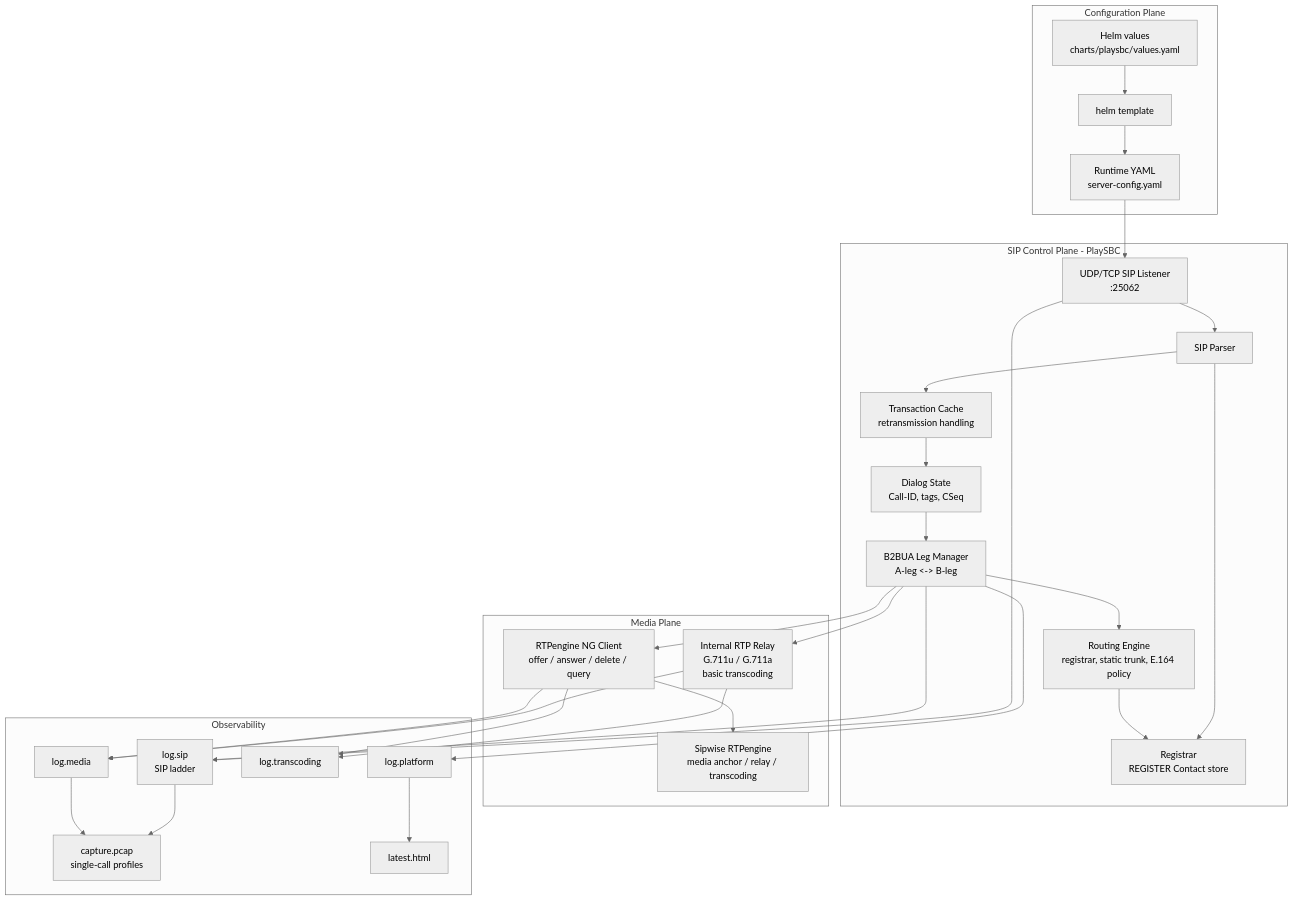
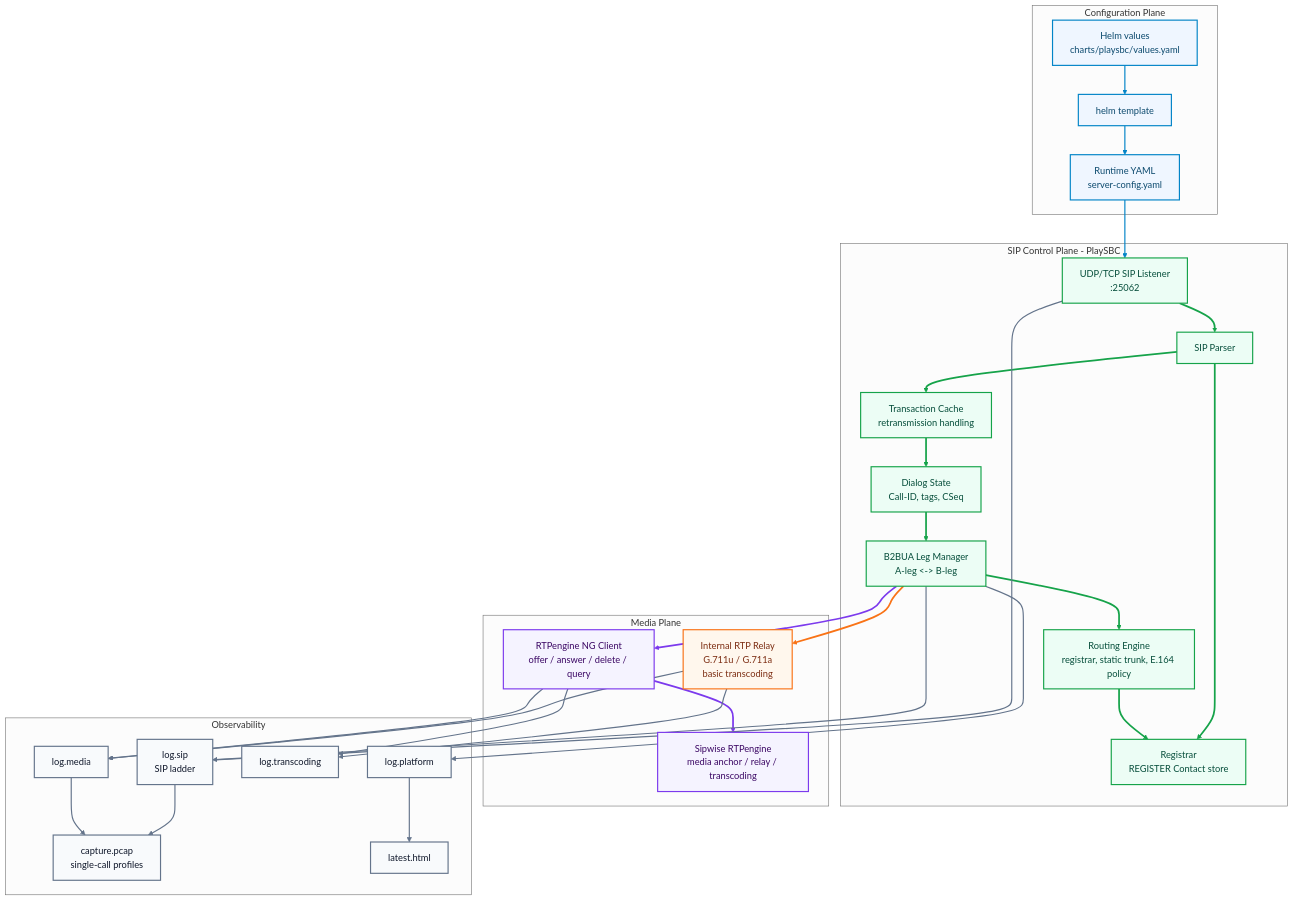
Before and after one commit to sudheerkumarvatrapu/PlaySBC: the third of 6 diagrams in docs/ARCHITECTURE_NETWORK.md, drawn with Mermaid (neutral theme). The commit also changed other lines of this file and 2 other files, not shown here.

Commit message:
Polish architecture diagrams and add PDF

````diff
--- a/docs/ARCHITECTURE_NETWORK.md
+++ b/docs/ARCHITECTURE_NETWORK.md
@@ -44,54 +163,72 @@
 ```mermaid
 flowchart TB
     subgraph ConfigPlane["Configuration Plane"]
         Values["Helm values<br/>charts/playsbc/values.yaml"]
         Template["helm template"]
         RuntimeConfig["Runtime YAML<br/>server-config.yaml"]
     end
 
     subgraph SipPlane["SIP Control Plane - PlaySBC"]
         Listener["UDP/TCP SIP Listener<br/>:25062"]
         Parser["SIP Parser"]
         Txn["Transaction Cache<br/>retransmission handling"]
         Dialog["Dialog State<br/>Call-ID, tags, CSeq"]
         Registrar["Registrar<br/>REGISTER Contact store"]
         Router["Routing Engine<br/>registrar, static trunk, E.164 policy"]
         B2BUA["B2BUA Leg Manager<br/>A-leg <-> B-leg"]
     end
 
     subgraph MediaPlane["Media Plane"]
         InternalMedia["Internal RTP Relay<br/>G.711u / G.711a<br/>basic transcoding"]
         RtpengineClient["RTPengine NG Client<br/>offer / answer / delete / query"]
         Rtpengine["Sipwise RTPengine<br/>media anchor / relay / transcoding"]
     end
 
     subgraph Observability["Observability"]
         SipLog["log.sip<br/>SIP ladder"]
         MediaLog["log.media"]
         TransLog["log.transcoding"]
         PlatformLog["log.platform"]
         Pcap["capture.pcap<br/>single-call profiles"]
         Html["latest.html"]
     end
 
     Values --> Template --> RuntimeConfig --> Listener
 
     Listener --> Parser --> Txn --> Dialog --> B2BUA
     Parser --> Registrar
     B2BUA --> Router
     Router --> Registrar
 
     B2BUA --> InternalMedia
     B2BUA --> RtpengineClient --> Rtpengine
 
     Listener --> SipLog
     B2BUA --> SipLog
     InternalMedia --> MediaLog
     RtpengineClient --> MediaLog
     InternalMedia --> TransLog
     RtpengineClient --> TransLog
     B2BUA --> PlatformLog
     SipLog --> Pcap
     MediaLog --> Pcap
     PlatformLog --> Html
+
+    classDef config fill:#eff6ff,stroke:#0284c7,color:#0c4a6e,stroke-width:2px
+    classDef sip fill:#ecfdf5,stroke:#16a34a,color:#064e3b,stroke-width:2px
+    classDef media fill:#fff7ed,stroke:#f97316,color:#7c2d12,stroke-width:2px
+    classDef rtpengine fill:#f5f3ff,stroke:#7c3aed,color:#3b0764,stroke-width:2px
+    classDef obs fill:#f8fafc,stroke:#64748b,color:#0f172a,stroke-width:2px
+
+    class Values,Template,RuntimeConfig config
+    class Listener,Parser,Txn,Dialog,Registrar,Router,B2BUA sip
+    class InternalMedia media
+    class RtpengineClient,Rtpengine rtpengine
+    class SipLog,MediaLog,TransLog,PlatformLog,Pcap,Html obs
+
+    linkStyle 0,1,2 stroke:#0284c7,stroke-width:2px
+    linkStyle 3,4,5,6,7,8,9 stroke:#16a34a,stroke-width:3px
+    linkStyle 10 stroke:#f97316,stroke-width:3px
+    linkStyle 11,12 stroke:#7c3aed,stroke-width:3px
+    linkStyle 13,14,15,16,17,18,19,20,21,22 stroke:#64748b,stroke-width:2px
 ```
````
